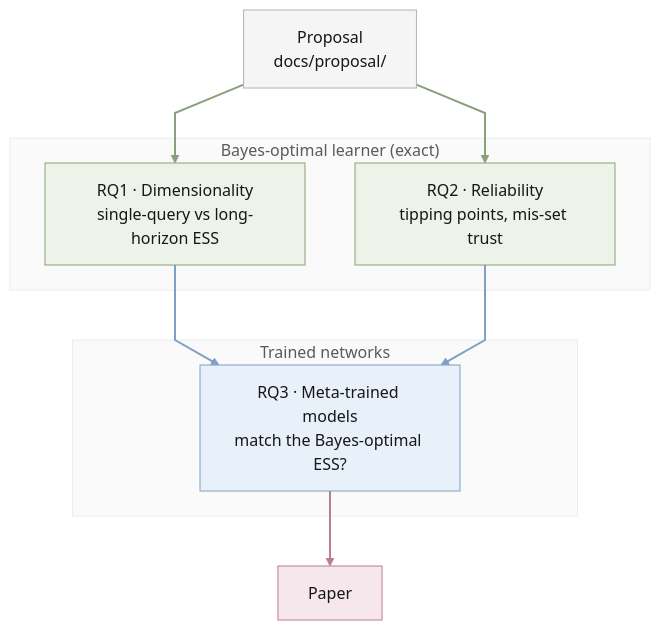
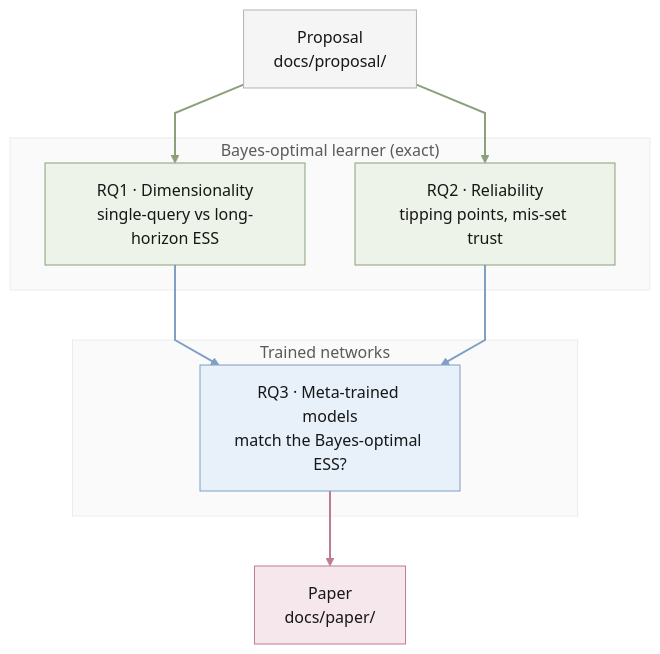
One commit to quan-possible/description-icl changed the diagram in AGENTS.md. Above: the diagram before and after it, drawn with Mermaid. The commit also changed other lines of this file and 3 other files, not shown here.

````diff
--- a/AGENTS.md
+++ b/AGENTS.md
@@ -3,40 +3,40 @@
 ```mermaid
 %%{init: {"theme":"base","themeVariables":{"fontFamily":"Inter, Clear Sans, Noto Sans, Helvetica Neue, Arial, Noto Sans CJK JP, sans-serif","fontSize":"16px","primaryTextColor":"#171717","lineColor":"#a8a8a8","mainBkg":"#ffffff","clusterBkg":"#ffffff","clusterBorder":"#ffffff","edgeLabelBackground":"#ffffff"},"flowchart":{"htmlLabels":true,"curve":"linear"}}}%%
 flowchart TD
     classDef gray fill:#f5f5f5,stroke:#b3b3b3,color:#171717,stroke-width:1px
     classDef green fill:#edf3e8,stroke:#8a9f7a,color:#171717,stroke-width:1px
     classDef pink fill:#f5e7ec,stroke:#bd7c8f,color:#171717,stroke-width:1px
     classDef blue fill:#e8f0f9,stroke:#7f9fc4,color:#171717,stroke-width:1px
     classDef region fill:#fafafa,stroke:#ececec,color:#5a5a5a,stroke-width:1px
     classDef edgeGreen stroke:#8a9f7a,color:#8a9f7a,stroke-width:2px
     classDef edgeBlue stroke:#7f9fc4,color:#7f9fc4,stroke-width:2px
     classDef edgePink stroke:#bd7c8f,color:#bd7c8f,stroke-width:2px
 
     proposal["Proposal<br/>docs/proposal/"]
 
     subgraph exact["Bayes-optimal learner (exact)"]
         rq1["RQ1 · Dimensionality<br/>single-query vs long-horizon ESS"]
         rq2["RQ2 · Reliability<br/>tipping points, mis-set trust"]
     end
 
     subgraph nets["Trained networks"]
         rq3["RQ3 · Meta-trained models<br/>match the Bayes-optimal ESS?"]
     end
 
-    paper["Paper"]
+    paper["Paper<br/>docs/paper/"]
 
     proposal e1@--> rq1
     proposal e2@--> rq2
     rq1 e3@--> rq3
     rq2 e4@--> rq3
     rq3 e5@--> paper
 
     class proposal gray
     class rq1,rq2 green
     class rq3 blue
     class paper pink
     class exact,nets region
     class e1,e2 edgeGreen
     class e3,e4 edgeBlue
     class e5 edgePink
 ```
````
